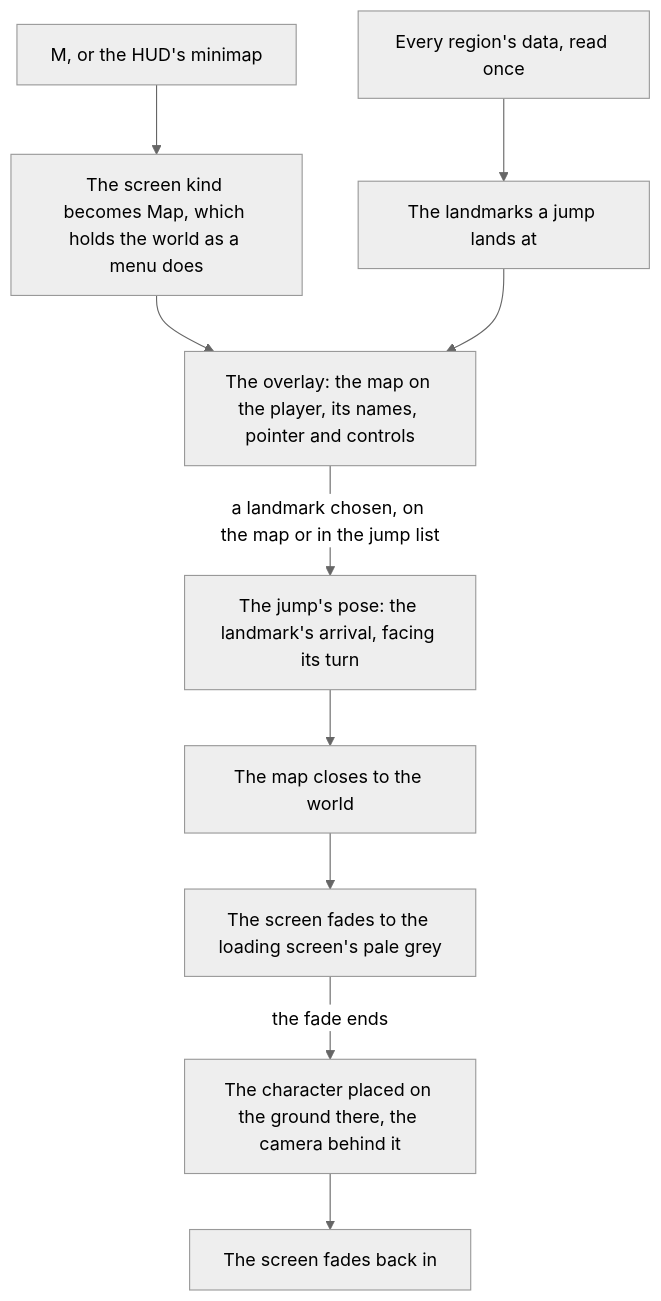
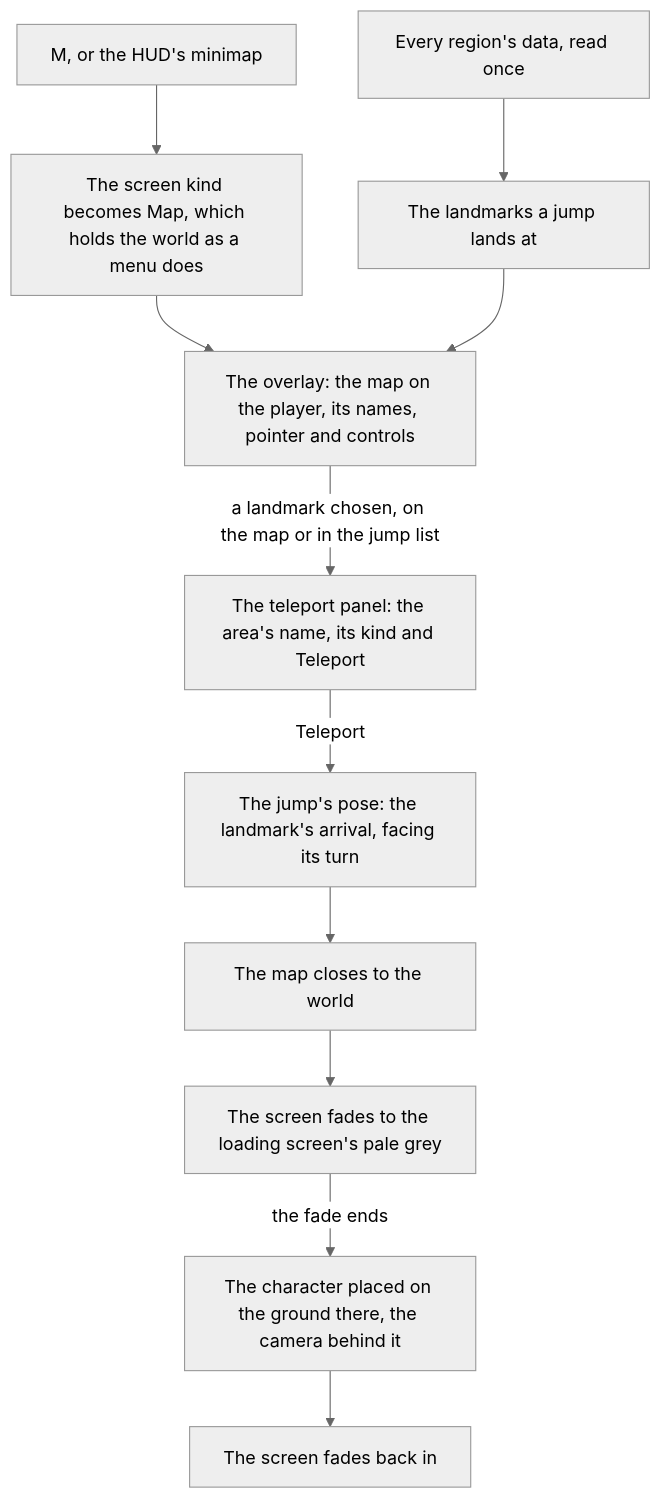
One commit to Esposter/Esposter changed the diagram in openspec/specs/genshin/map/design.md. Above: the diagram before and after it, drawn with Mermaid (neutral theme). The commit also changed other lines of this file and 4 other files, not shown here.

First line of the commit message:
feat(genshin-world): a chosen landmark opens a teleport panel that names its area and jumps only on Teleport

````diff
--- a/openspec/specs/genshin/map/design.md
+++ b/openspec/specs/genshin/map/design.md
@@ -7,12 +7,13 @@
 ```mermaid
 flowchart TD
   M["M, or the HUD's minimap"] --> SCR["The screen kind becomes Map, which holds the world as a menu does"]
   SCR --> OV["The overlay: the map on the player, its names, pointer and controls"]
   REG["Every region's data, read once"] --> LM["The landmarks a jump lands at"]
   LM --> OV
-  OV -->|"a landmark chosen, on the map or in the jump list"| POSE["The jump's pose: the landmark's arrival, facing its turn"]
+  OV -->|"a landmark chosen, on the map or in the jump list"| PANEL["The teleport panel: the area's name, its kind and Teleport"]
+  PANEL -->|"Teleport"| POSE["The jump's pose: the landmark's arrival, facing its turn"]
   POSE --> CLOSE["The map closes to the world"]
   CLOSE --> FADE["The screen fades to the loading screen's pale grey"]
   FADE -->|"the fade ends"| PLACE["The character placed on the ground there, the camera behind it"]
   PLACE --> IN["The screen fades back in"]
 ```
````
